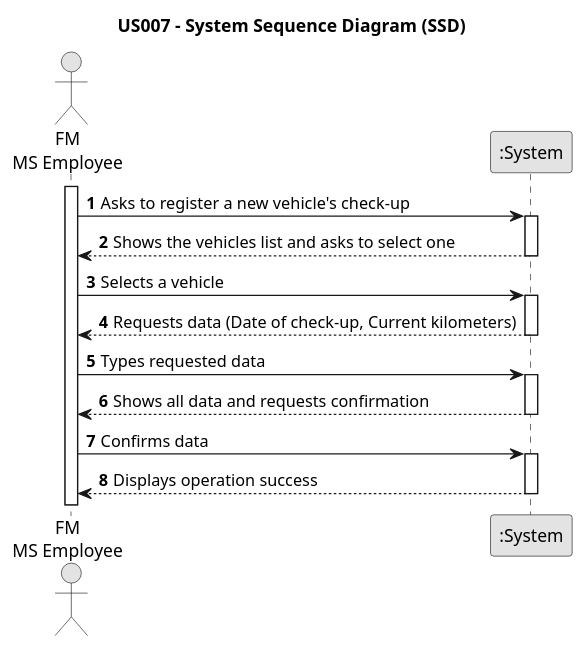
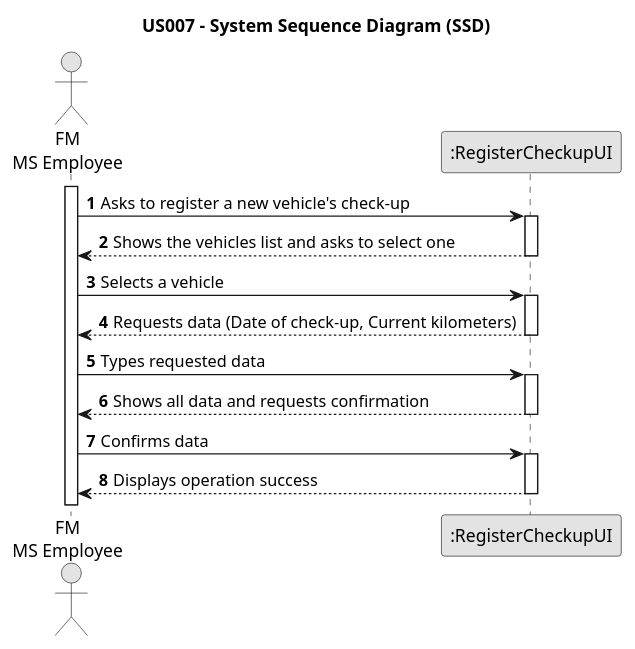
One commit to Rui-San/LAPR2_2023_2024 changed the diagram in docs/sprintA/us007/01.requirements-engineering/puml/us007-system-sequence-diagram.puml. Above: the diagram before and after it, drawn with PlantUML. The commit also changed 4 other files, not shown here.

Commit message:
- US001, US007: Update participants in System Sequence Diagram

```diff
--- a/docs/sprintA/us007/01.requirements-engineering/puml/us007-system-sequence-diagram.puml
+++ b/docs/sprintA/us007/01.requirements-engineering/puml/us007-system-sequence-diagram.puml
@@ -1,39 +1,39 @@
 @startuml
 skinparam monochrome true
 skinparam packageStyle rectangle
 skinparam shadowing false
 
 title US007 - System Sequence Diagram (SSD)
 
 autonumber
 
 actor "FM\nMS Employee" as Employee
-participant ":System" as System
+participant ":RegisterCheckupUI" as System
 
 activate Employee
 
     Employee -> System : Asks to register a new vehicle's check-up
     activate System
 
         System --> Employee : Shows the vehicles list and asks to select one
     deactivate System
 
     Employee -> System : Selects a vehicle
     activate System
 
         System --> Employee : Requests data (Date of check-up, Current kilometers)
     deactivate System
 
     Employee -> System : Types requested data
     activate System
 
         System --> Employee : Shows all data and requests confirmation
     deactivate System
 
     Employee -> System : Confirms data
     activate System
 
         System --> Employee : Displays operation success
     deactivate System
 
 @enduml
```
